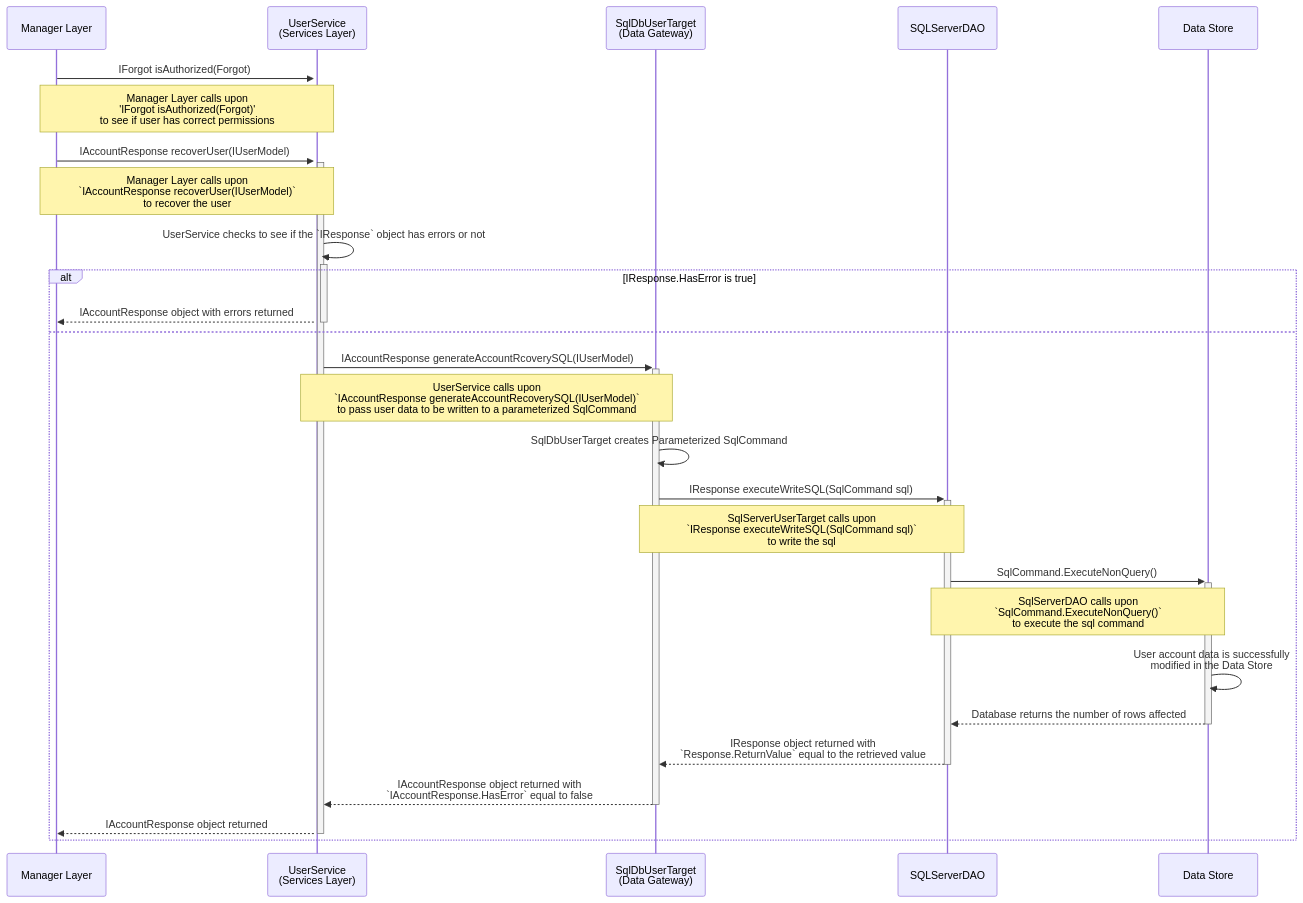
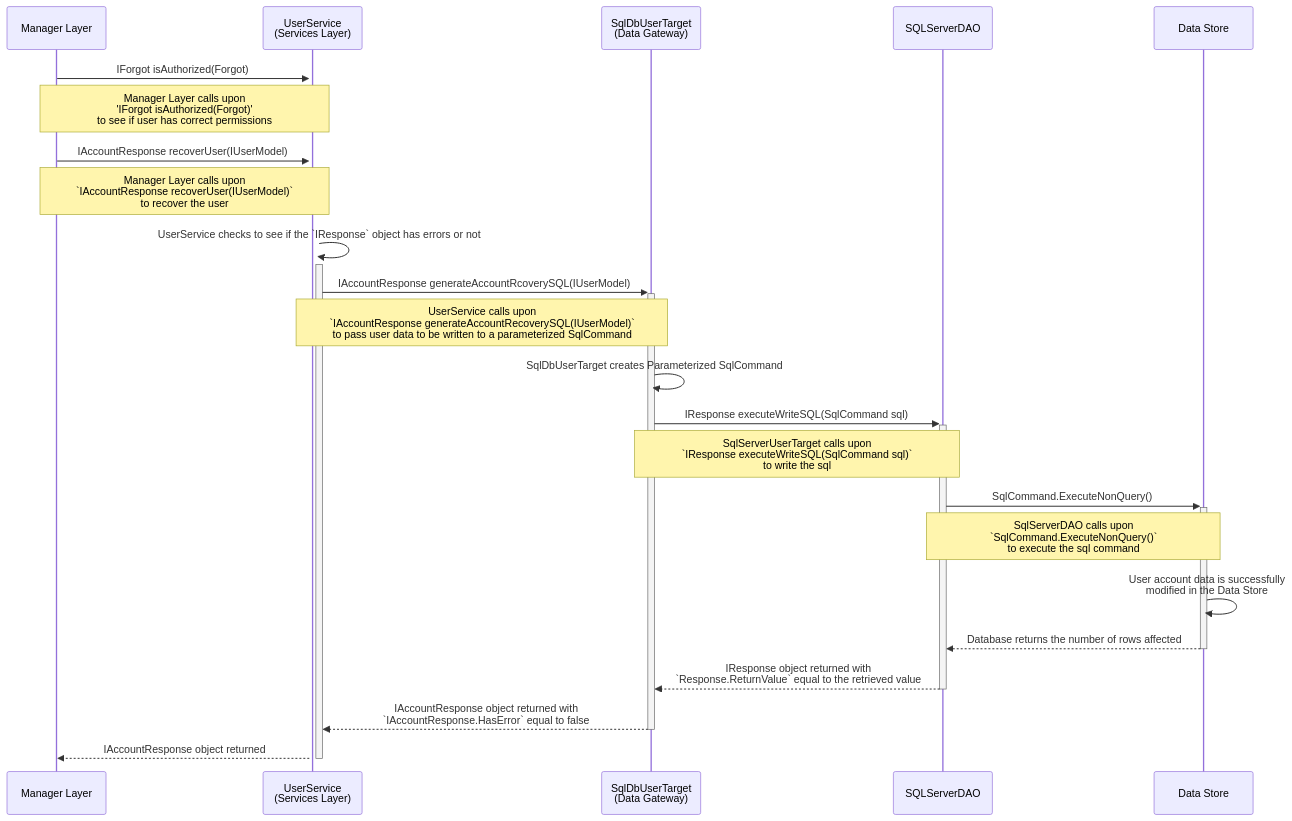
One commit to MNRainDrop/CECS-491A-Spec changed the diagram in Project Documents/Milestone 2/Low Level Design/User Administration Library/UserAdministrationLibrary_AccountRecovery_MfaSuccess.mmd. Above: the diagram before and after it, drawn with Mermaid. The commit also changed 3 other files, not shown here.

First line of the commit message:
Account Modifcation/Recovery LLD

```diff
--- a/Project Documents/Milestone 2/Low Level Design/User Administration Library/UserAdministrationLibrary_AccountRecovery_MfaSuccess.mmd
+++ b/Project Documents/Milestone 2/Low Level Design/User Administration Library/UserAdministrationLibrary_AccountRecovery_MfaSuccess.mmd
@@ -1,101 +1,42 @@
-:::mermaid
-
-%% Need to update diagram to reflect actual account recovery
-%% 1. User Deletes Account —> this will still leave a User’s ID hash
-%% —-> User ID hash will still have information relating to that user…
-%% 2A) User is checked if authorized to access service
-%% 2B)  User Initiates a account recovery request
-%% 		Information should be included: Users email
-%% 3. Manager accesses UserRecoveryService
-%% 4. Service will check if User ID hash exists
-%% 5. If found, Account will become active again
-
-
 sequenceDiagram
 
-
-
-
 %% See BRD UA-2 for additional context
-
-
-
 
 participant ml as Manager Layer
 participant uc as UserService<br>(Services Layer)
 participant dg as SqlDbUserTarget<br>(Data Gateway)
 participant da as SQLServerDAO
 participant ds as Data Store
 
 
 ml->>+uc: IForgot isAuthorized(Forgot)
     Note over ml,uc: Manager Layer calls upon<br> 'IForgot isAuthorized(Forgot)'<br>to see if user has correct permissions
 
 
 ml->>+uc: IAccountResponse recoverUser(IUserModel)
     Note over ml,uc: Manager Layer calls upon<br>`IAccountResponse recoverUser(IUserModel)`<br>to recover the user
 
-
-
-
 %% UserService should check/ validate data passed through
 uc->>+uc: UserService checks to see if the `IResponse` object has errors or not
-
-
-
-
-alt IResponse.HasError is true
-    uc-->>-ml: IAccountResponse object with errors returned
-else
-
-
-
 
     %% Modify the user
     uc->>+dg: IAccountResponse generateAccountRcoverySQL(IUserModel)
     Note over uc,dg: UserService calls upon<br>`IAccountResponse generateAccountRecoverySQL(IUserModel)`<br>to pass user data to be written to a parameterized SqlCommand
 
-
-
-
     dg->>dg: SqlDbUserTarget creates Parameterized SqlCommand
-
-
-
 
     dg->>+da: IResponse executeWriteSQL(SqlCommand sql)
     Note over dg,da: SqlServerUserTarget calls upon<br>`IResponse executeWriteSQL(SqlCommand sql)`<br>to write the sql
 
-
-
-
     da->>+ds: SqlCommand.ExecuteNonQuery()
     Note over da,ds: SqlServerDAO calls upon<br>`SqlCommand.ExecuteNonQuery()`<br>to execute the sql command
 
-
-
-
     ds->>ds: User account data is successfully<br>modified in the Data Store
-
-
-
 
     ds-->>-da: Database returns the number of rows affected
 
-
-
-
     da-->>-dg: IResponse object returned with<br>`Response.ReturnValue` equal to the retrieved value
-
-
-
 
     dg-->>-uc: IAccountResponse object returned with<br>`IAccountResponse.HasError` equal to false
 
-
-
-
     uc-->>-ml: IAccountResponse object returned
-end
-
-:::
```
